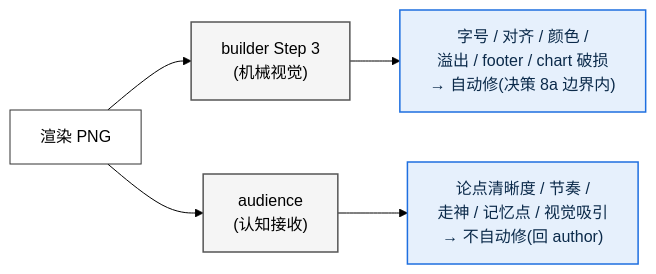
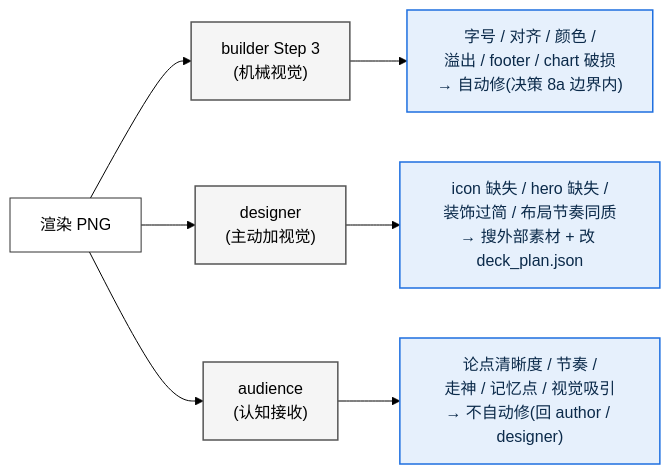
Diagram 12 of 12 in docs/agent-internals.zh.md (pcliangx/iLovePPT), drawn with Mermaid (forest theme) before and after one commit. The commit also changed other lines of this file, not shown here.

First line of the commit message:
docs(internals): agent-internals.zh.md v0.5.2 系统补完(前次 commit 漏改 11 处)

````diff
--- a/docs/agent-internals.zh.md
+++ b/docs/agent-internals.zh.md
@@ -837,13 +862,15 @@
 ```mermaid
 flowchart LR
     PNG[渲染 PNG] --> BD["builder Step 3<br/>(机械视觉)"]
+    PNG --> DS["designer<br/>(主动加视觉)"]
     PNG --> AD["audience<br/>(认知接收)"]
     BD --> BDout["字号 / 对齐 / 颜色 /<br/>溢出 / footer / chart 破损<br/>→ 自动修(决策 8a 边界内)"]
-    AD --> ADout["论点清晰度 / 节奏 /<br/>走神 / 记忆点 / 视觉吸引<br/>→ 不自动修(回 author)"]
+    DS --> DSout["icon 缺失 / hero 缺失 /<br/>装饰过简 / 布局节奏同质<br/>→ 搜外部素材 + 改 deck_plan.json"]
+    AD --> ADout["论点清晰度 / 节奏 /<br/>走神 / 记忆点 / 视觉吸引<br/>→ 不自动修(回 author / designer)"]
     classDef io fill:#FFF,stroke:#333
     classDef agent fill:#F5F5F5,stroke:#555,stroke-width:1.5px
     classDef out fill:#E6F0FC,stroke:#1E6FE0,stroke-width:1.5px,color:#0B2A4A
     class PNG io
-    class BD,AD agent
-    class BDout,ADout out
+    class BD,DS,AD agent
+    class BDout,DSout,ADout out
 ```
````
